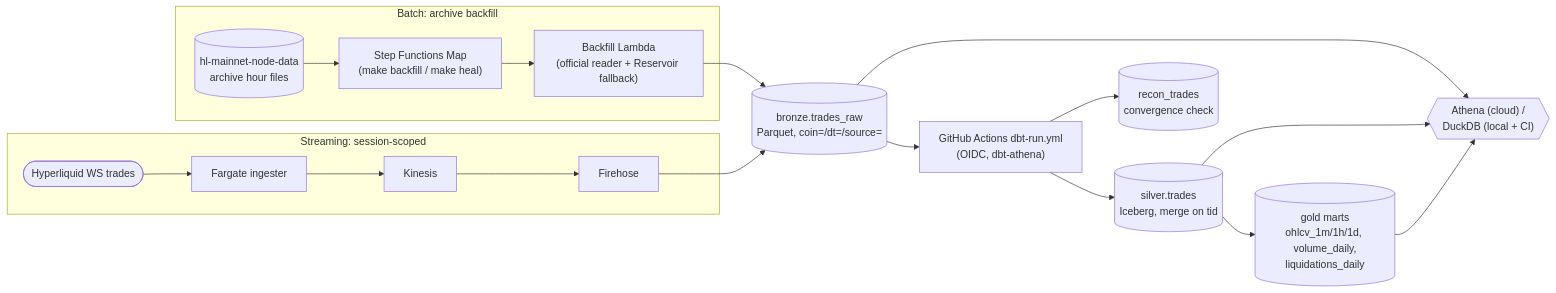
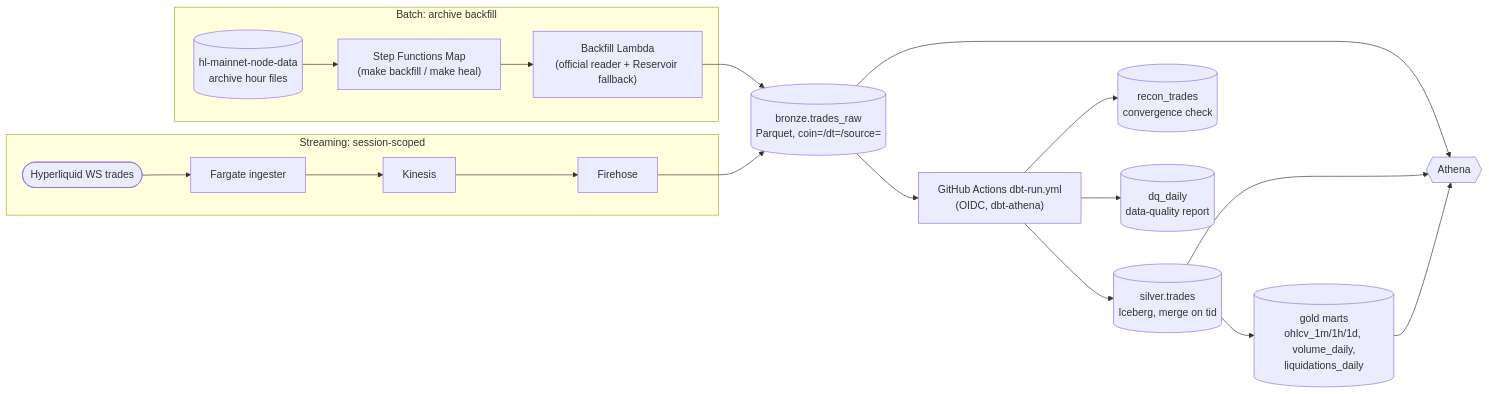
One commit to noahwins-ng/hyperlake changed the diagram in README.md. Above: the diagram before and after it, drawn with Mermaid. The commit also changed other lines of this file, not shown here.

Commit message:
docs: tighten the README's proof section and add dq_daily to the diagram

````diff
--- a/README.md
+++ b/README.md
@@ -47,25 +47,26 @@
 ```mermaid
 flowchart LR
     subgraph batch["Batch: archive backfill"]
         ARC[("hl-mainnet-node-data<br/>archive hour files")] --> SFN["Step Functions Map<br/>(make backfill / make heal)"]
         SFN --> LAM["Backfill Lambda<br/>(official reader + Reservoir fallback)"]
     end
 
     subgraph live["Streaming: session-scoped"]
         WS(["Hyperliquid WS trades"]) --> FARGATE["Fargate ingester"]
         FARGATE --> KIN["Kinesis"]
         KIN --> FH["Firehose"]
     end
 
     LAM --> BRONZE[("bronze.trades_raw<br/>Parquet, coin=/dt=/source=")]
     FH --> BRONZE
 
     BRONZE --> DBT["GitHub Actions dbt-run.yml<br/>(OIDC, dbt-athena)"]
     DBT --> SILVER[("silver.trades<br/>Iceberg, merge on tid")]
     DBT --> RECON[("recon_trades<br/>convergence check")]
     SILVER --> GOLD[("gold marts<br/>ohlcv_1m/1h/1d, volume_daily,<br/>liquidations_daily")]
+    DBT --> DQ[("dq_daily<br/>data-quality report")]
 
-    BRONZE --> ATHENA{{"Athena (cloud) /<br/>DuckDB (local + CI)"}}
+    BRONZE --> ATHENA{{"Athena"}}
     SILVER --> ATHENA
     GOLD --> ATHENA
 ```
````
